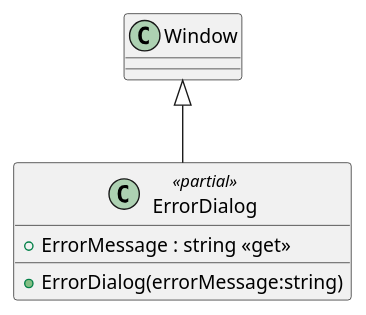
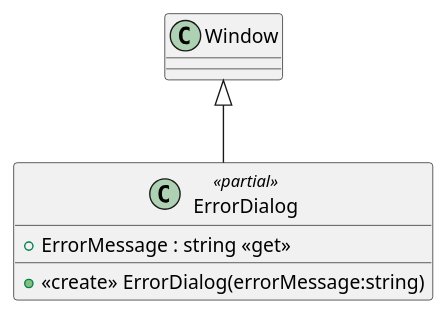
One commit to insightmind/MORR changed the diagram in documents/sd/plantuml/application/Core/UI/Dialogs/ErrorDialog.xaml.puml. Above: the diagram before and after it, drawn with PlantUML. The commit also changed 10 other files, not shown here.

```diff
--- a/documents/sd/plantuml/application/Core/UI/Dialogs/ErrorDialog.xaml.puml
+++ b/documents/sd/plantuml/application/Core/UI/Dialogs/ErrorDialog.xaml.puml
@@ -1,7 +1,7 @@
 @startuml
 class ErrorDialog <<partial>> {
-    + ErrorDialog(errorMessage:string)
+    + <<create>> ErrorDialog(errorMessage:string)
     + ErrorMessage : string <<get>>
 }
 Window <|-- ErrorDialog
 @enduml
```
